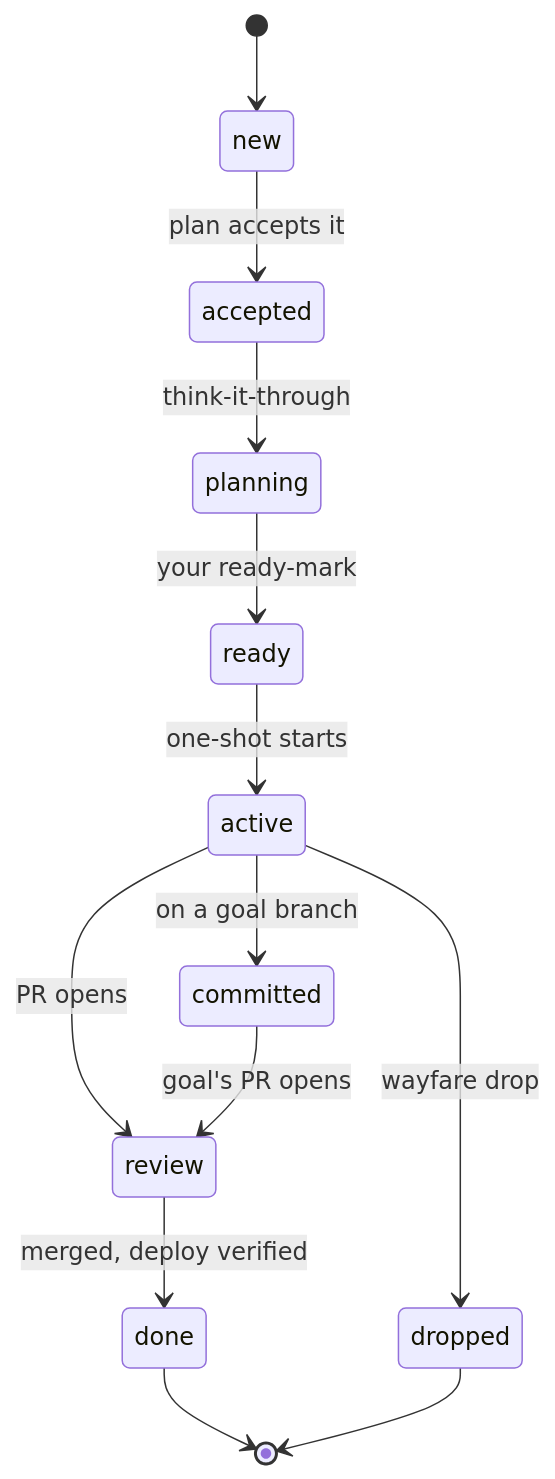
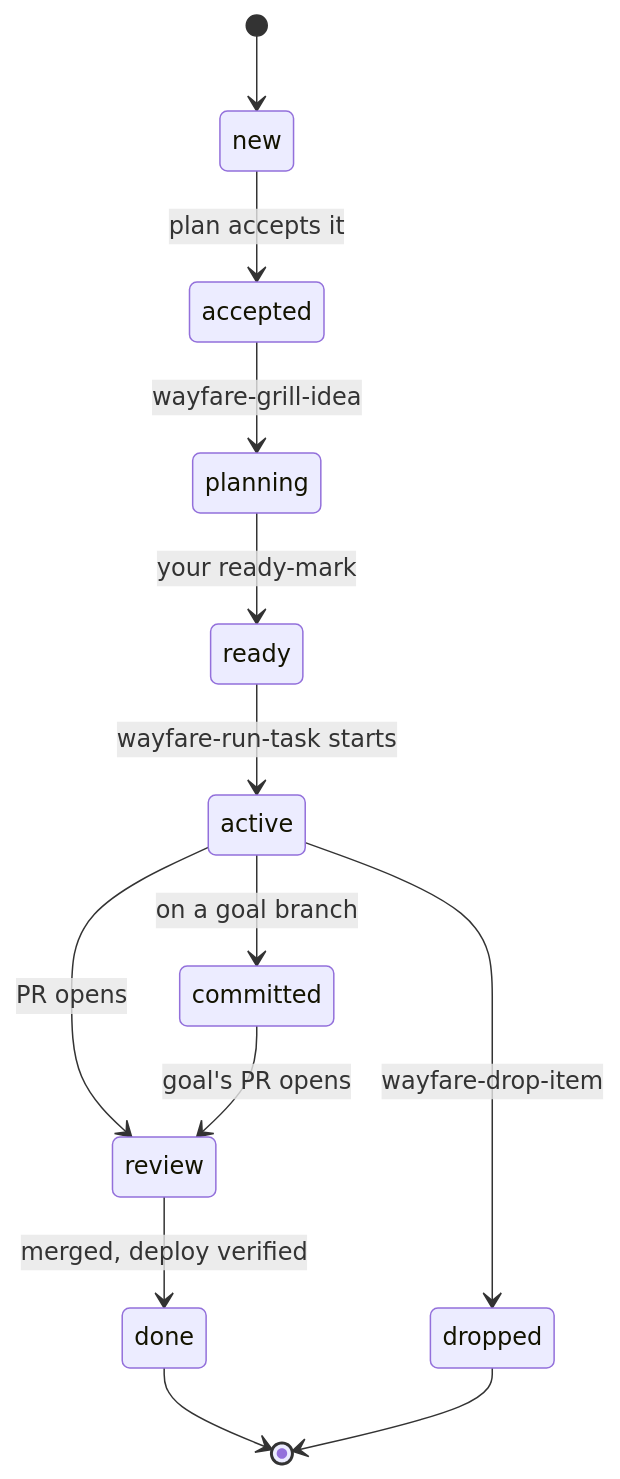
One commit to ai-hero/hero-skills changed the second of 4 diagrams in README.md. Above: the diagram before and after it, drawn with Mermaid. The commit also changed other lines of this file and 102 other files, not shown here.

````diff
--- a/README.md
+++ b/README.md
@@ -100,15 +100,15 @@
 ```mermaid
 stateDiagram-v2
   [*] --> new
   new --> accepted: plan accepts it
-  accepted --> planning: think-it-through
+  accepted --> planning: wayfare-grill-idea
   planning --> ready: your ready-mark
-  ready --> active: one-shot starts
+  ready --> active: wayfare-run-task starts
   active --> committed: on a goal branch
   active --> review: PR opens
   committed --> review: goal's PR opens
   review --> done: merged, deploy verified
-  active --> dropped: wayfare drop
+  active --> dropped: wayfare-drop-item
   done --> [*]
   dropped --> [*]
 ```
````
